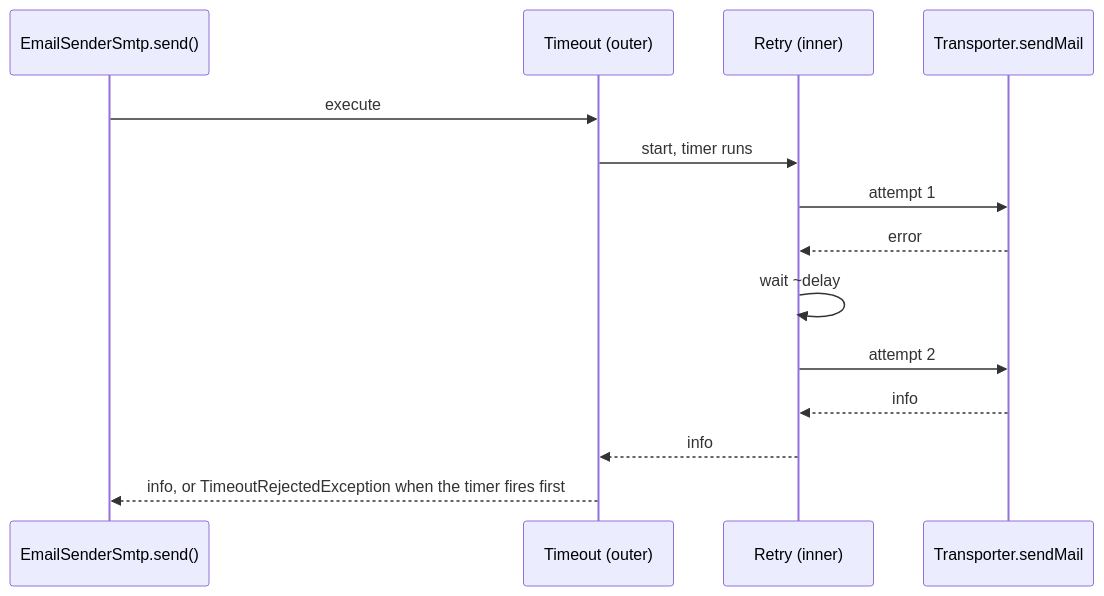
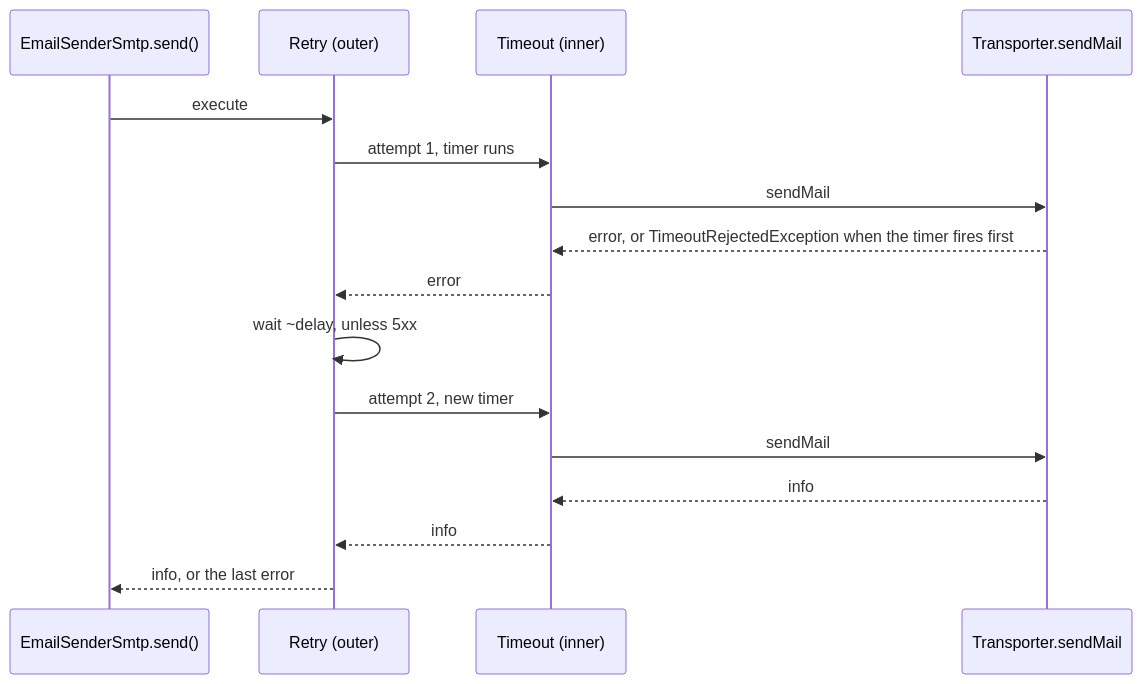
The diagram in docs/email-smtp-transport/03-send-resilience.md (spinajs/main), drawn with Mermaid before and after one commit. The commit also changed other lines of this file and 6 other files, not shown here.

First line of the commit message:
fix(email-smtp-transport): per-attempt timeout, model over template defaults, no empty auth

````diff
--- a/docs/email-smtp-transport/03-send-resilience.md
+++ b/docs/email-smtp-transport/03-send-resilience.md
@@ -15,16 +15,18 @@
 ```mermaid
 sequenceDiagram
   participant S as EmailSenderSmtp.send()
-  participant TO as Timeout (outer)
-  participant R as Retry (inner)
+  participant R as Retry (outer)
+  participant TO as Timeout (inner)
   participant NM as Transporter.sendMail
-  S->>TO: execute
-  TO->>R: start, timer runs
-  R->>NM: attempt 1
-  NM-->>R: error
-  R->>R: wait ~delay
-  R->>NM: attempt 2
-  NM-->>R: info
-  R-->>TO: info
-  TO-->>S: info, or TimeoutRejectedException when the timer fires first
+  S->>R: execute
+  R->>TO: attempt 1, timer runs
+  TO->>NM: sendMail
+  NM-->>TO: error, or TimeoutRejectedException when the timer fires first
+  TO-->>R: error
+  R->>R: wait ~delay, unless 5xx
+  R->>TO: attempt 2, new timer
+  TO->>NM: sendMail
+  NM-->>TO: info
+  TO-->>R: info
+  R-->>S: info, or the last error
 ```
````
